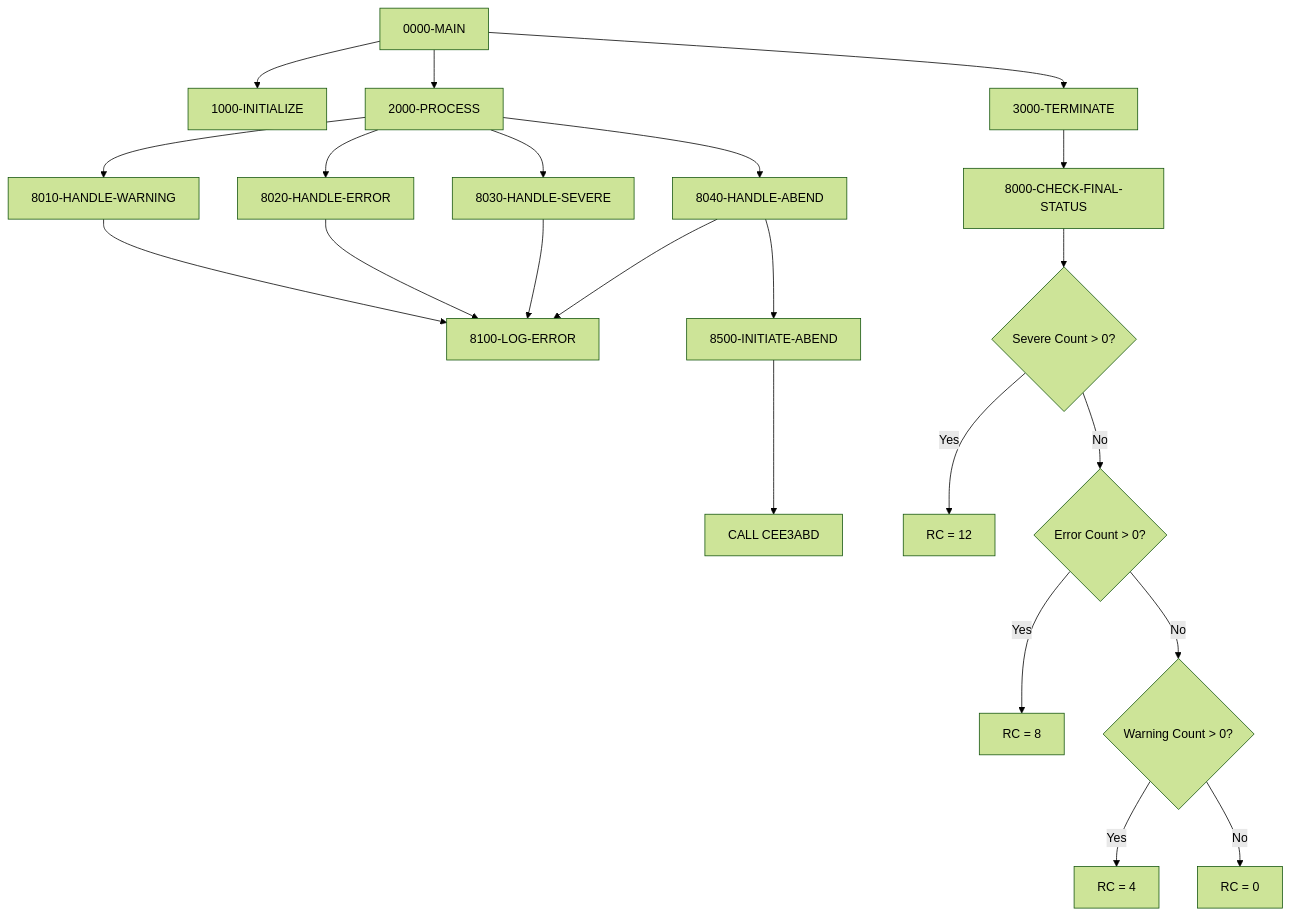
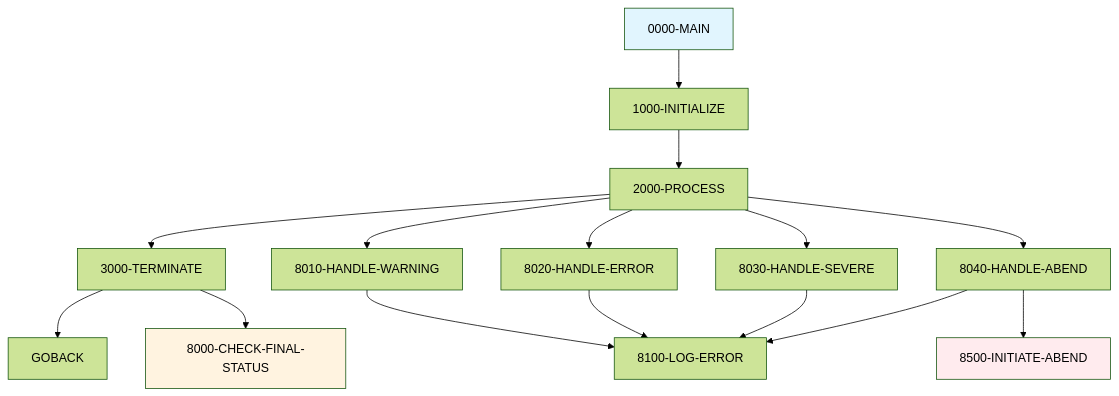
One commit to haladir-com/legacy-benchmark-docs-vb70e1 changed the first of 2 diagrams in docs/programs/ERRHANDL.mdx. Above: the diagram before and after it, drawn with Mermaid (forest theme). The commit also changed other lines of this file and 64 other files, not shown here.

````diff
--- a/docs/programs/ERRHANDL.mdx
+++ b/docs/programs/ERRHANDL.mdx
@@ -22,28 +18,24 @@
 ```mermaid
 graph TD
     A[0000-MAIN] --> B[1000-INITIALIZE]
-    A --> C[2000-PROCESS]
-    A --> D[3000-TERMINATE]
-    D --> E[8000-CHECK-FINAL-STATUS]
+    B --> C[2000-PROCESS]
+    C --> D[3000-TERMINATE]
+    D --> E[GOBACK]
     
     C --> F[8010-HANDLE-WARNING]
     C --> G[8020-HANDLE-ERROR]
     C --> H[8030-HANDLE-SEVERE]
     C --> I[8040-HANDLE-ABEND]
     
     F --> J[8100-LOG-ERROR]
     G --> J
     H --> J
     I --> J
     I --> K[8500-INITIATE-ABEND]
     
-    K --> L[CALL CEE3ABD]
+    D --> L[8000-CHECK-FINAL-STATUS]
     
-    E --> M{Severe Count > 0?}
-    M -->|Yes| N[RC = 12]
-    M -->|No| O{Error Count > 0?}
-    O -->|Yes| P[RC = 8]
-    O -->|No| Q{Warning Count > 0?}
-    Q -->|Yes| R[RC = 4]
-    Q -->|No| S[RC = 0]
+    style A fill:#e1f5fe
+    style L fill:#fff3e0
+    style K fill:#ffebee
 ```
````
